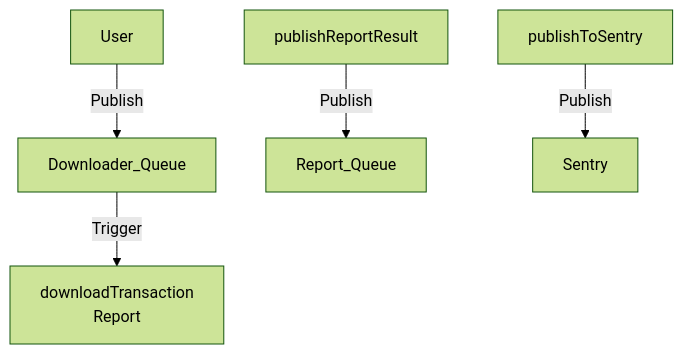
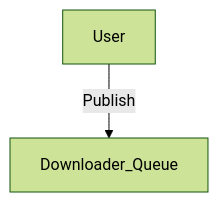
One commit to reyapr/mermaid-playground changed the diagram in README.md. Above: the diagram before and after it, drawn with Mermaid (forest theme).

````diff
--- a/README.md
+++ b/README.md
@@ -7,10 +7,5 @@
 ```mermaid
     flowchart TB
     User -- Publish --> Downloader_Queue
-    Downloader_Queue -- Trigger --> downloadTransaction\nReport
-  
-    
-    publishReportResult -- Publish --> Report_Queue
-    publishToSentry -- Publish --> Sentry
 
 ```
````
